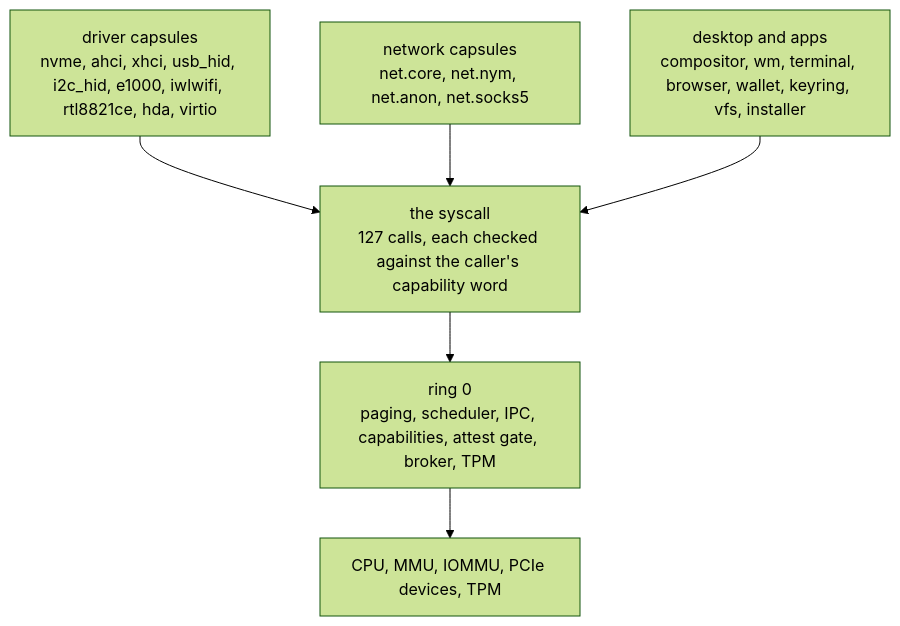
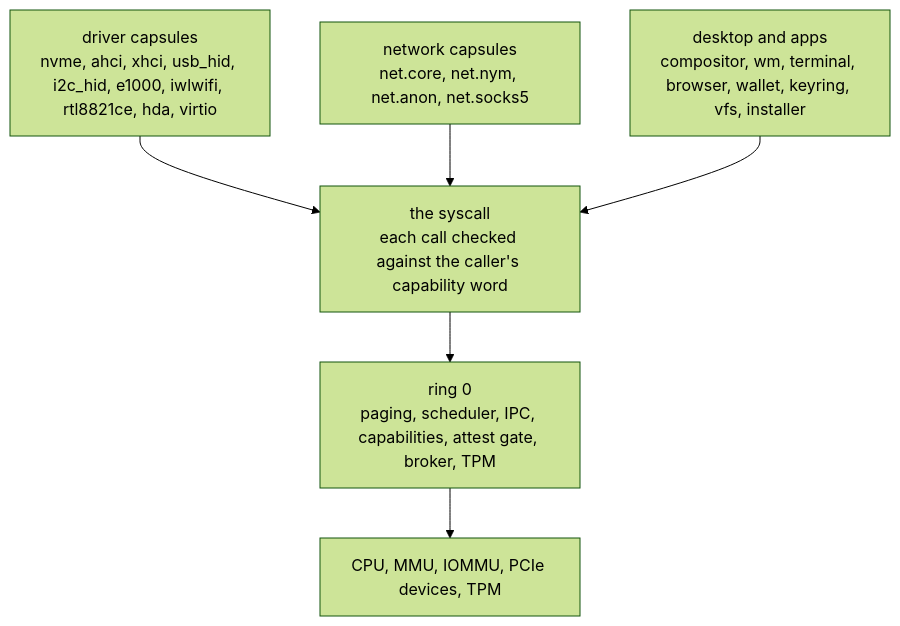
Before and after one commit to NON-OS/microkernel: the first of 4 diagrams in README.md, drawn with Mermaid (forest theme). The commit also changed other lines of this file, not shown here.

````diff
--- a/README.md
+++ b/README.md
@@ -44,9 +124,9 @@
 ```mermaid
 flowchart TB
  drv["driver capsules<br/>nvme, ahci, xhci, usb_hid, i2c_hid, e1000, iwlwifi, rtl8821ce, hda, virtio"] --> sc
  net["network capsules<br/>net.core, net.nym, net.anon, net.socks5"] --> sc
  app["desktop and apps<br/>compositor, wm, terminal, browser, wallet, keyring, vfs, installer"] --> sc
- sc["the syscall<br/>127 calls, each checked against the caller's capability word"]
+ sc["the syscall<br/>each call checked against the caller's capability word"]
  sc --> k["ring 0<br/>paging, scheduler, IPC, capabilities, attest gate, broker, TPM"]
  k --> hw["CPU, MMU, IOMMU, PCIe devices, TPM"]
 ```
````
